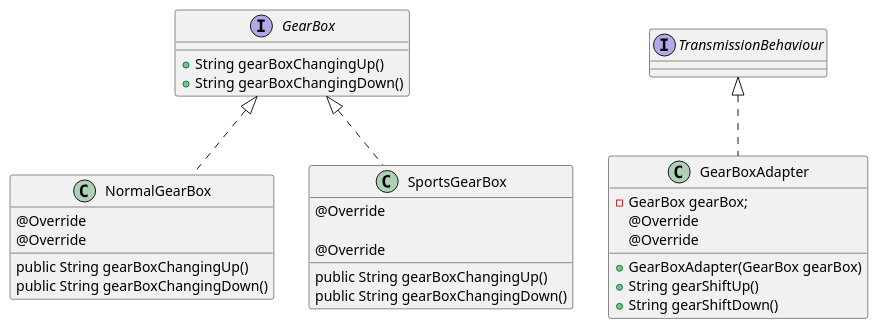
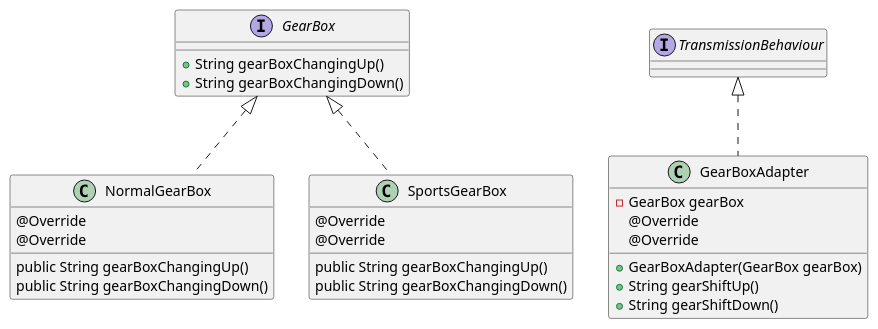
One commit to 43Carrig/Design_Patterns_Car changed the diagram in plantUML/adapter.puml. Above: the diagram before and after it, drawn with PlantUML. The commit also changed 8 other files, not shown here.

```diff
--- a/plantUML/adapter.puml
+++ b/plantUML/adapter.puml
@@ -1,36 +1,35 @@
 @startuml
 
 
 interface GearBox {
     +String gearBoxChangingUp()
     +String gearBoxChangingDown()
 }
 
 class GearBoxAdapter implements TransmissionBehaviour {
 
-    -GearBox gearBox;
+    -GearBox gearBox
     +GearBoxAdapter(GearBox gearBox)
     @Override
     +String gearShiftUp()
     @Override
     +String gearShiftDown()
 }
 
 class NormalGearBox implements GearBox {
 
     @Override
     public String gearBoxChangingUp()
     @Override
     public String gearBoxChangingDown()
 }
 
 class SportsGearBox implements GearBox {
 
     @Override
     public String gearBoxChangingUp()
-
     @Override
     public String gearBoxChangingDown()
 }
 
 @enduml
```
